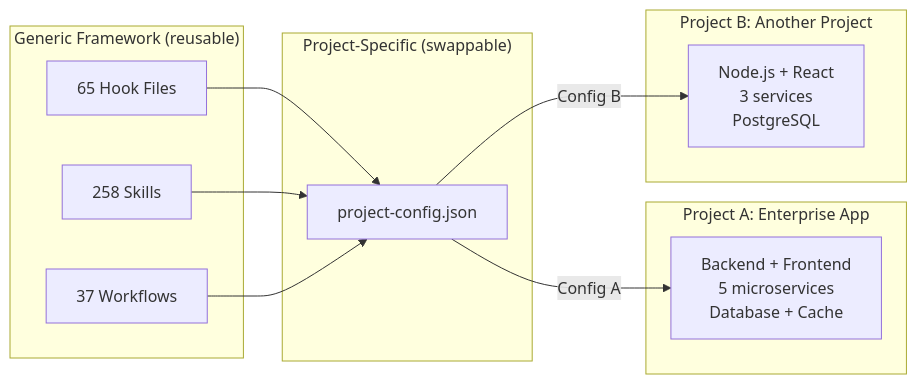
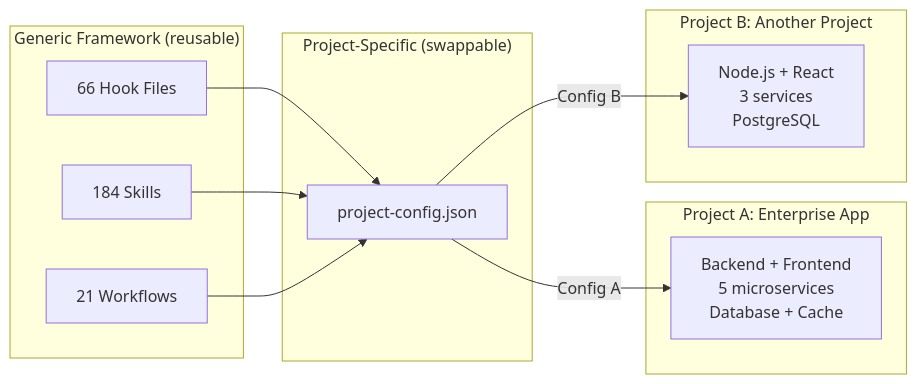
One commit to duc01226/easy-claude changed the eighth of 20 diagrams in .claude/docs/claude-ai-agent-framework-guide.md. Above: the diagram before and after it, drawn with Mermaid. The commit also changed other lines of this file and 761 other files, not shown here.

````diff
--- a/.claude/docs/claude-ai-agent-framework-guide.md
+++ b/.claude/docs/claude-ai-agent-framework-guide.md
@@ -917,24 +909,24 @@
 ```mermaid
 graph LR
     subgraph "Generic Framework (reusable)"
-        H[65 Hook Files]
-        S[258 Skills]
-        W[37 Workflows]
+        H[66 Hook Files]
+        S[184 Skills]
+        W[21 Workflows]
     end
 
     subgraph "Project-Specific (swappable)"
         PC[project-config.json]
     end
 
     subgraph "Project A: Enterprise App"
         PA[Backend + Frontend<br/>5 microservices<br/>Database + Cache]
     end
 
     subgraph "Project B: Another Project"
         PB[Node.js + React<br/>3 services<br/>PostgreSQL]
     end
 
     H & S & W --> PC
     PC -->|Config A| PA
     PC -->|Config B| PB
 ```
````
